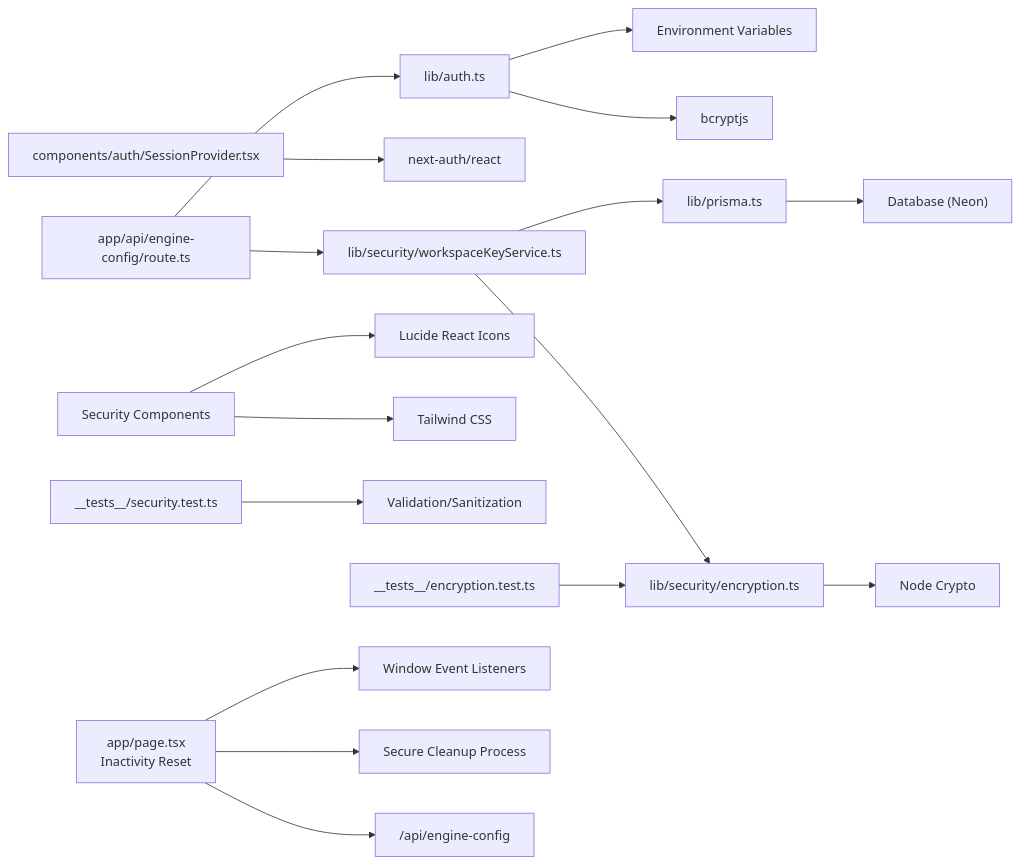
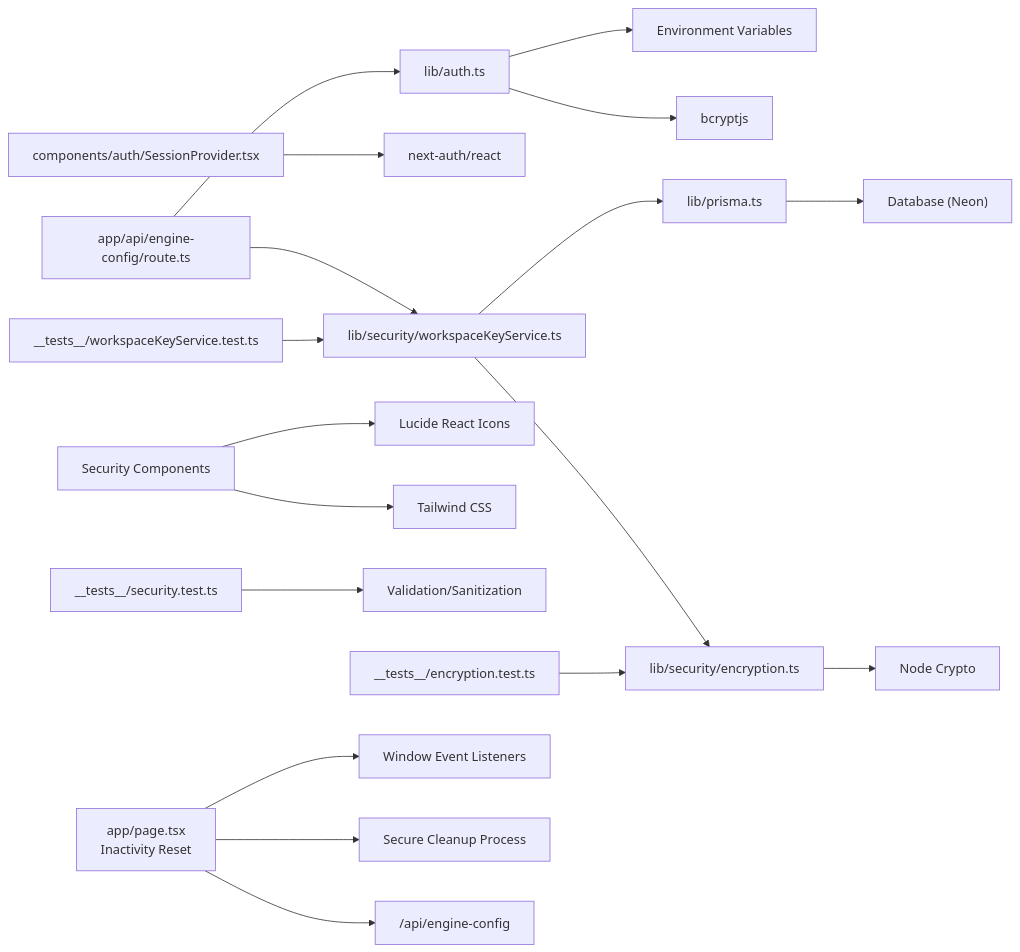
Before and after one commit to shekhargiri005-dotcom/AI-powered-accessibility-first-UI-engine: diagram 14 of 14 in .qoder/repowiki/en/content/Security & Privacy/Security & Privacy.md, drawn with Mermaid. The commit also changed other lines of this file and 71 other files, not shown here.

````diff
--- a/.qoder/repowiki/en/content/Security & Privacy/Security & Privacy.md
+++ b/.qoder/repowiki/en/content/Security & Privacy/Security & Privacy.md
@@ -557,19 +586,20 @@
 ```mermaid
 graph LR
 AUTH["lib/auth.ts"] --> ENV["Environment Variables"]
 AUTH --> BC["bcryptjs"]
 SESSION["components/auth/SessionProvider.tsx"] --> NEXTAUTH["next-auth/react"]
 PRISMA["lib/prisma.ts"] --> DB["Database (Neon)"]
 ENCRYPTION["lib/security/encryption.ts"] --> CRYPTO["Node Crypto"]
 WORKSPACE["lib/security/workspaceKeyService.ts"] --> PRISMA
 WORKSPACE --> ENCRYPTION
 ENGINE["app/api/engine-config/route.ts"] --> WORKSPACE
 ENGINE --> AUTH
 SEC_INDICATORS["Security Components"] --> ICONS["Lucide React Icons"]
 SEC_INDICATORS --> TAILWIND["Tailwind CSS"]
 SEC_TEST["__tests__/security.test.ts"] --> VALID["Validation/Sanitization"]
 ENC_TEST["__tests__/encryption.test.ts"] --> ENCRYPTION
+WKSTEST["__tests__/workspaceKeyService.test.ts"] --> WORKSPACE
 INACTIVITY["app/page.tsx<br/>Inactivity Reset"] --> EVENTS["Window Event Listeners"]
 INACTIVITY --> CLEANUP["Secure Cleanup Process"]
 INACTIVITY --> API["/api/engine-config"]
 ```
````
